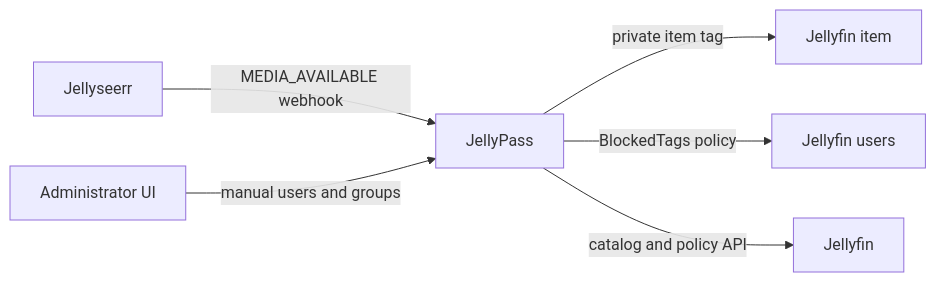
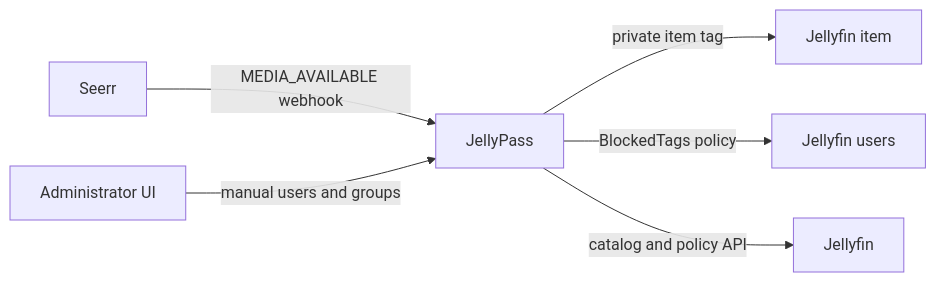
Before and after one commit to nicklongmore86/jellypass: the diagram in README.md, drawn with Mermaid. The commit also changed other lines of this file and 8 other files, not shown here.

First line of the commit message:
chore: say Seerr instead of Jellyseerr

````diff
--- a/README.md
+++ b/README.md
@@ -46,8 +46,8 @@
 ```mermaid
 flowchart LR
-  S[Jellyseerr] -->|MEDIA_AVAILABLE webhook| P[JellyPass]
+  S[Seerr] -->|MEDIA_AVAILABLE webhook| P[JellyPass]
   P -->|private item tag| I[Jellyfin item]
   P -->|BlockedTags policy| U[Jellyfin users]
   A[Administrator UI] -->|manual users and groups| P
   P -->|catalog and policy API| F[Jellyfin]
 ```
````
